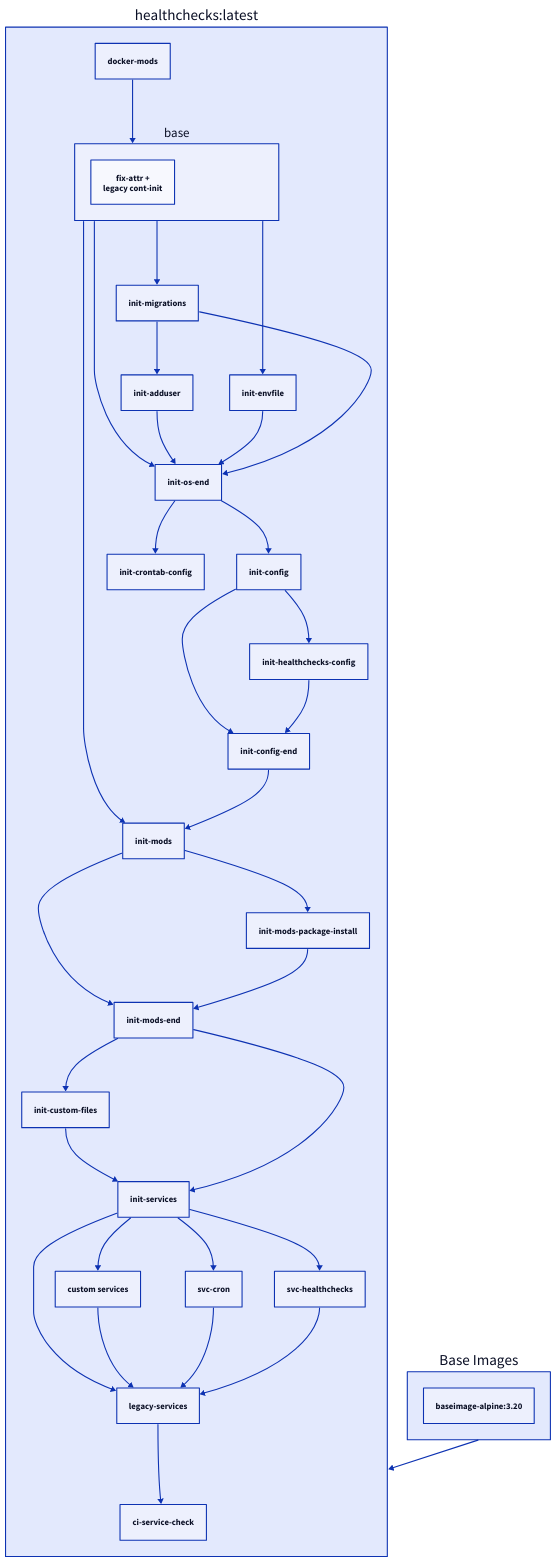
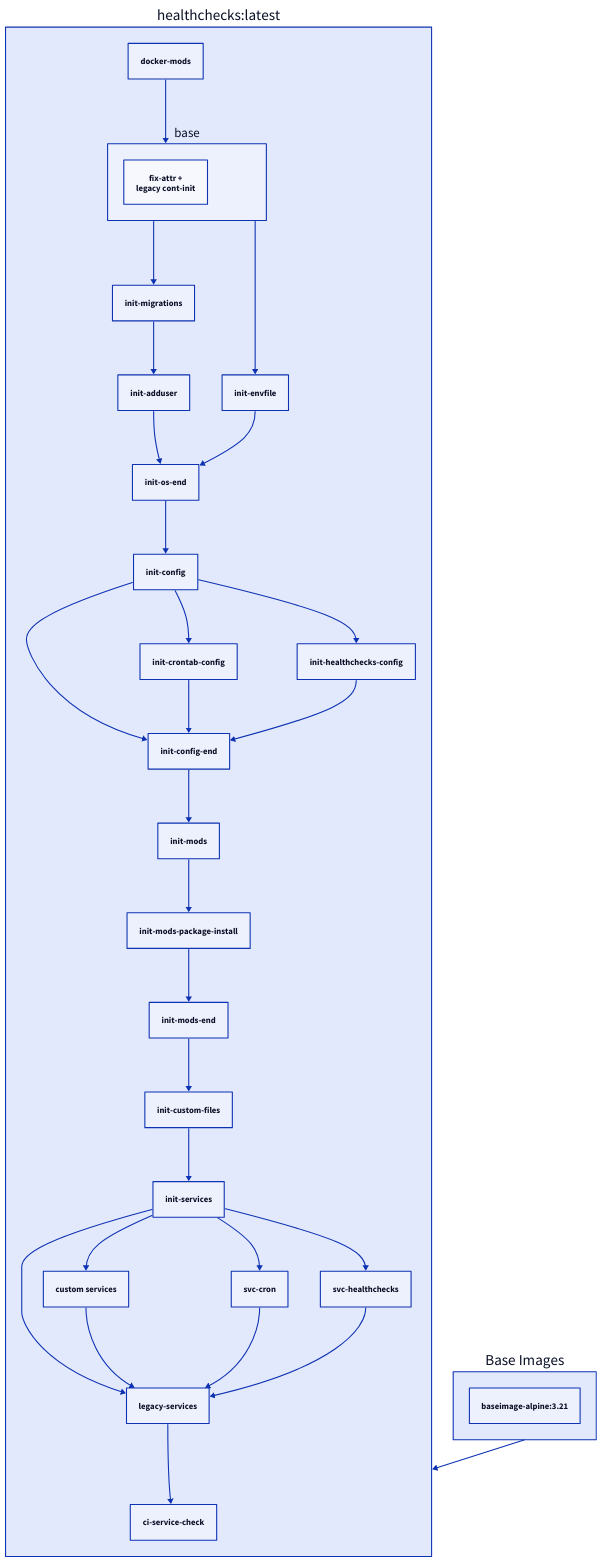
Before and after one commit to quietsy/docker-documentation: the diagram in docs/images/docker-healthchecks.md, drawn with D2. The commit also changed other lines of this file, not shown here.

Commit message:
Bot Updating Documentation

````diff
--- a/docs/images/docker-healthchecks.md
+++ b/docs/images/docker-healthchecks.md
@@ -338,43 +338,39 @@
     ```d2
     "healthchecks:latest": {
       docker-mods
       base {
         fix-attr +\nlegacy cont-init
       }
       docker-mods -> base
       legacy-services
       custom services
       init-services -> legacy-services
       init-services -> custom services
       custom services -> legacy-services
       legacy-services -> ci-service-check
       init-migrations -> init-adduser
       init-os-end -> init-config
       init-config -> init-config-end
+      init-crontab-config -> init-config-end
       init-healthchecks-config -> init-config-end
-      init-os-end -> init-crontab-config
+      init-config -> init-crontab-config
       init-mods-end -> init-custom-files
       base -> init-envfile
       init-config -> init-healthchecks-config
       base -> init-migrations
-      base -> init-mods
       init-config-end -> init-mods
-      init-mods -> init-mods-end
       init-mods-package-install -> init-mods-end
       init-mods -> init-mods-package-install
-      base -> init-os-end
       init-adduser -> init-os-end
       init-envfile -> init-os-end
-      init-migrations -> init-os-end
       init-custom-files -> init-services
-      init-mods-end -> init-services
       init-services -> svc-cron
       svc-cron -> legacy-services
       init-services -> svc-healthchecks
       svc-healthchecks -> legacy-services
     }
     Base Images: {
-      "baseimage-alpine:3.20"
+      "baseimage-alpine:3.21"
     }
     "healthchecks:latest" <- Base Images
     ```
````
